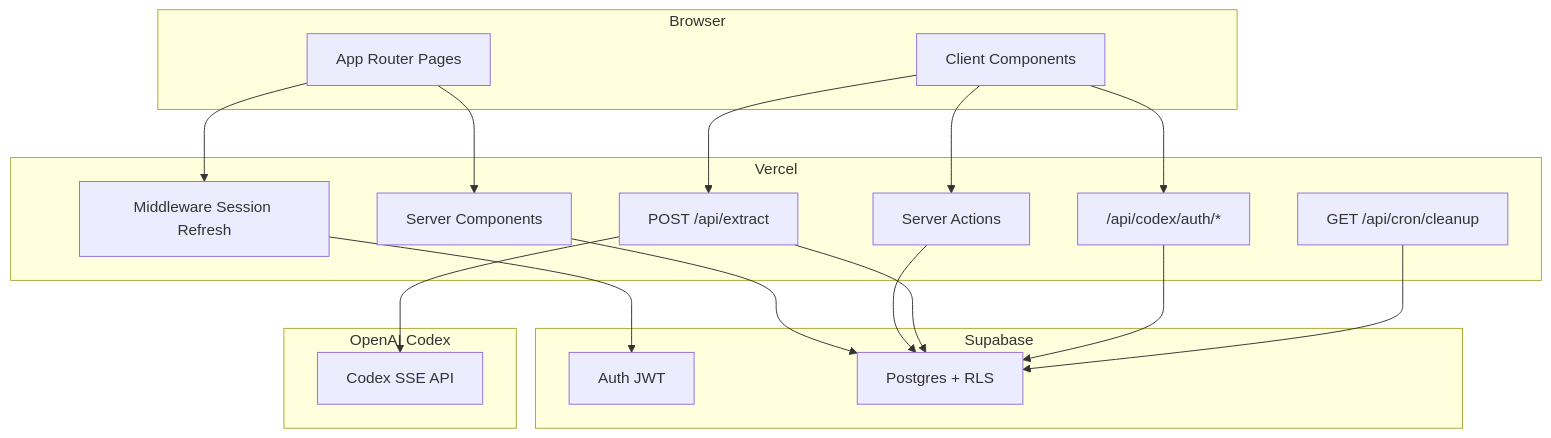
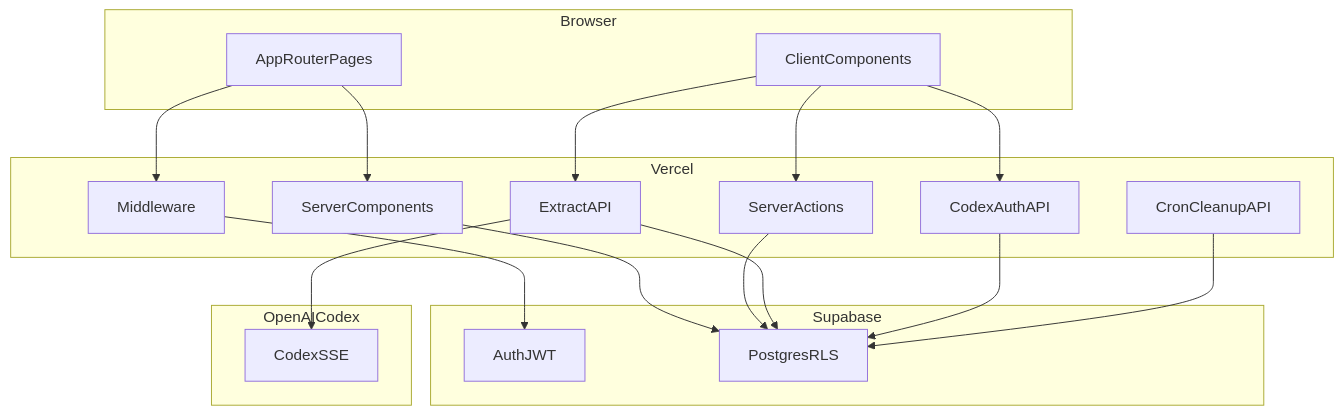
The diagram in README.md (ranjitodedra/lock-in), drawn with Mermaid before and after one commit. The commit also changed other lines of this file, not shown here.

Commit message:
Sync from private main (0390a04) — 2026-07-12

````diff
--- a/README.md
+++ b/README.md
@@ -40,38 +40,38 @@
 ```mermaid
 flowchart TB
   subgraph client [Browser]
-    Pages[App Router Pages]
-    ClientUI[Client Components]
+    Pages[AppRouterPages]
+    ClientUI[ClientComponents]
   end
 
   subgraph vercel [Vercel]
-    MW[Middleware Session Refresh]
-    RSC[Server Components]
-    SA[Server Actions]
-    ExtractAPI["POST /api/extract"]
-    CodexAPI["/api/codex/auth/*"]
-    CronAPI["GET /api/cron/cleanup"]
+    MW[Middleware]
+    RSC[ServerComponents]
+    SA[ServerActions]
+    ExtractAPI[ExtractAPI]
+    CodexAPI[CodexAuthAPI]
+    CronAPI[CronCleanupAPI]
   end
 
   subgraph supabase [Supabase]
-    Auth[Auth JWT]
-    PG["Postgres + RLS"]
+    Auth[AuthJWT]
+    PG[PostgresRLS]
   end
 
-  subgraph openai [OpenAI Codex]
-    SSE[Codex SSE API]
+  subgraph openai [OpenAICodex]
+    SSE[CodexSSE]
   end
 
   Pages --> MW
   MW --> Auth
   Pages --> RSC
   RSC --> PG
   ClientUI --> ExtractAPI
   ClientUI --> CodexAPI
   ClientUI --> SA
   SA --> PG
   ExtractAPI --> PG
   ExtractAPI --> SSE
   CodexAPI --> PG
   CronAPI --> PG
 ```
````
